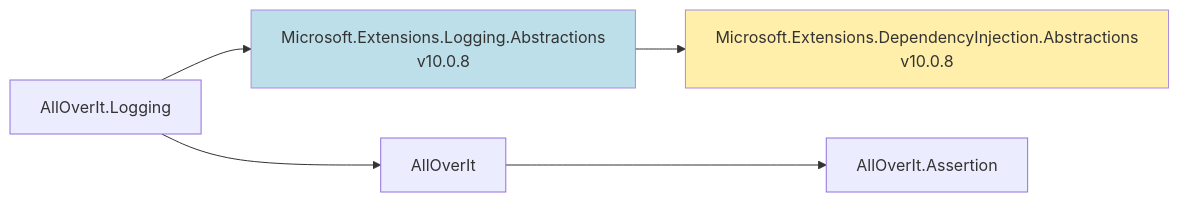
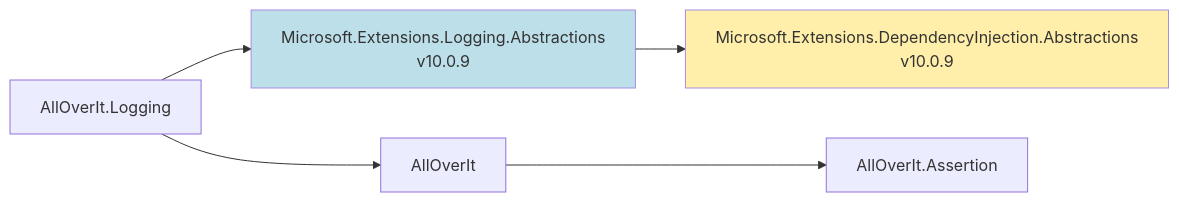
One commit to mjfreelancing/AllOverIt changed the diagram in Docs/Reference/Content/images/dependencies/net10.0/mmd/alloverit-logging.mmd. Above: the diagram before and after it, drawn with Mermaid. The commit also changed 249 other files, not shown here.

```diff
--- a/Docs/Reference/Content/images/dependencies/net10.0/mmd/alloverit-logging.mmd
+++ b/Docs/Reference/Content/images/dependencies/net10.0/mmd/alloverit-logging.mmd
@@ -1,12 +1,12 @@
 flowchart LR
   alloverit-logging["AllOverIt.Logging"]
-  microsoft-extensions-logging-abstractions_10-0-8["Microsoft.Extensions.Logging.Abstractions<br>v10.0.8"]
-  microsoft-extensions-dependencyinjection-abstractions_10-0-8["Microsoft.Extensions.DependencyInjection.Abstractions<br>v10.0.8"]
+  microsoft-extensions-logging-abstractions_10-0-9["Microsoft.Extensions.Logging.Abstractions<br>v10.0.9"]
+  microsoft-extensions-dependencyinjection-abstractions_10-0-9["Microsoft.Extensions.DependencyInjection.Abstractions<br>v10.0.9"]
   alloverit["AllOverIt"]
   alloverit-assertion["AllOverIt.Assertion"]
-  alloverit-logging --> microsoft-extensions-logging-abstractions_10-0-8
-  microsoft-extensions-logging-abstractions_10-0-8 --> microsoft-extensions-dependencyinjection-abstractions_10-0-8
+  alloverit-logging --> microsoft-extensions-logging-abstractions_10-0-9
+  microsoft-extensions-logging-abstractions_10-0-9 --> microsoft-extensions-dependencyinjection-abstractions_10-0-9
   alloverit-logging --> alloverit
   alloverit --> alloverit-assertion
-  style microsoft-extensions-logging-abstractions_10-0-8 fill:#ADD8E6,opacity:0.8
-  style microsoft-extensions-dependencyinjection-abstractions_10-0-8 fill:#FFEC96,opacity:0.8
+  style microsoft-extensions-logging-abstractions_10-0-9 fill:#ADD8E6,opacity:0.8
+  style microsoft-extensions-dependencyinjection-abstractions_10-0-9 fill:#FFEC96,opacity:0.8
```
